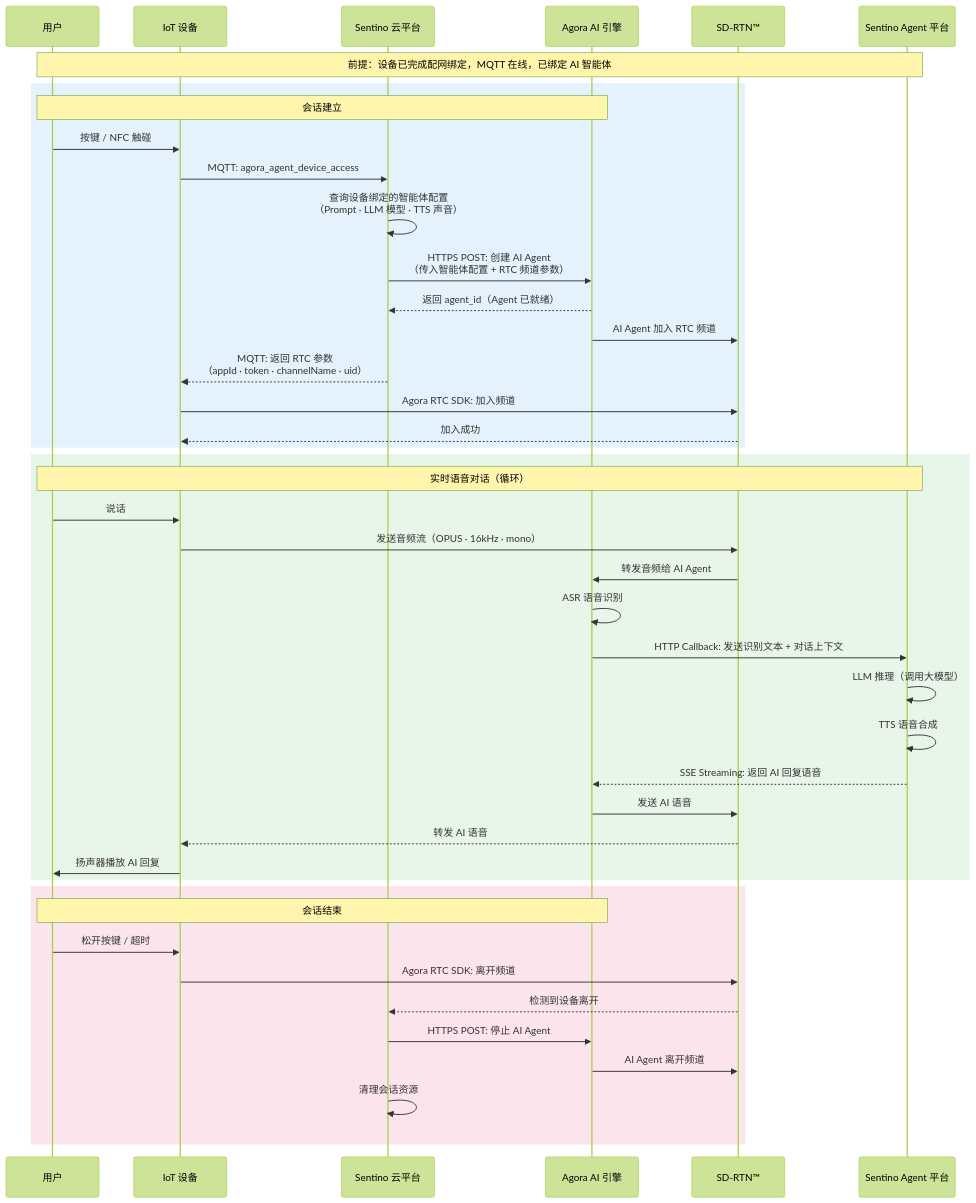
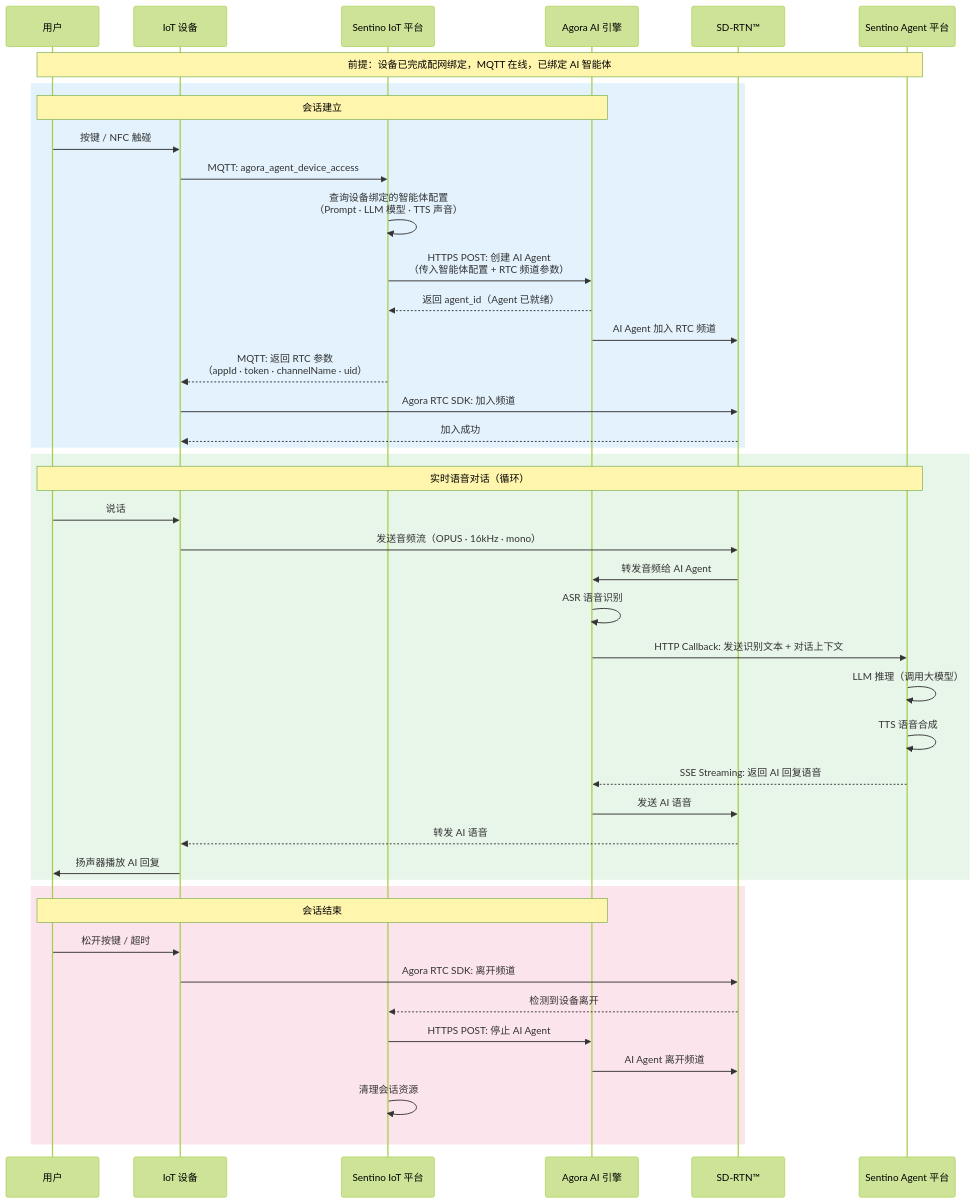
The second of 2 diagrams in architecture-technical.md (sentino-jp/iot-docs), drawn with Mermaid (forest theme) before and after one commit. The commit also changed other lines of this file and 2 other files, not shown here.

First line of the commit message:
docs: clearly separate Sentino IoT 平台 and Sentino Agent 平台

````diff
--- a/architecture-technical.md
+++ b/architecture-technical.md
@@ -99,49 +99,49 @@
 ```mermaid
 sequenceDiagram
     participant User as 用户
     participant Device as IoT 设备
-    participant Cloud as Sentino 云平台
+    participant Cloud as Sentino IoT 平台
     participant ConvoAI as Agora AI 引擎
     participant RTN as SD-RTN™
     participant SA as Sentino Agent 平台
 
     Note over User, SA: 前提：设备已完成配网绑定，MQTT 在线，已绑定 AI 智能体
 
     rect rgb(227, 242, 253)
     Note over User, ConvoAI: 会话建立
     User->>Device: 按键 / NFC 触碰
     Device->>Cloud: MQTT: agora_agent_device_access
     Cloud->>Cloud: 查询设备绑定的智能体配置<br/>（Prompt · LLM 模型 · TTS 声音）
     Cloud->>ConvoAI: HTTPS POST: 创建 AI Agent<br/>（传入智能体配置 + RTC 频道参数）
     ConvoAI-->>Cloud: 返回 agent_id（Agent 已就绪）
     ConvoAI->>RTN: AI Agent 加入 RTC 频道
     Cloud-->>Device: MQTT: 返回 RTC 参数<br/>（appId · token · channelName · uid）
     Device->>RTN: Agora RTC SDK: 加入频道
     RTN-->>Device: 加入成功
     end
 
     rect rgb(232, 245, 233)
     Note over User, SA: 实时语音对话（循环）
     User->>Device: 说话
     Device->>RTN: 发送音频流（OPUS · 16kHz · mono）
     RTN->>ConvoAI: 转发音频给 AI Agent
     ConvoAI->>ConvoAI: ASR 语音识别
     ConvoAI->>SA: HTTP Callback: 发送识别文本 + 对话上下文
     SA->>SA: LLM 推理（调用大模型）
     SA->>SA: TTS 语音合成
     SA-->>ConvoAI: SSE Streaming: 返回 AI 回复语音
     ConvoAI->>RTN: 发送 AI 语音
     RTN-->>Device: 转发 AI 语音
     Device->>User: 扬声器播放 AI 回复
     end
 
     rect rgb(252, 228, 236)
     Note over User, ConvoAI: 会话结束
     User->>Device: 松开按键 / 超时
     Device->>RTN: Agora RTC SDK: 离开频道
     RTN-->>Cloud: 检测到设备离开
     Cloud->>ConvoAI: HTTPS POST: 停止 AI Agent
     ConvoAI->>RTN: AI Agent 离开频道
     Cloud->>Cloud: 清理会话资源
     end
 ```
````
